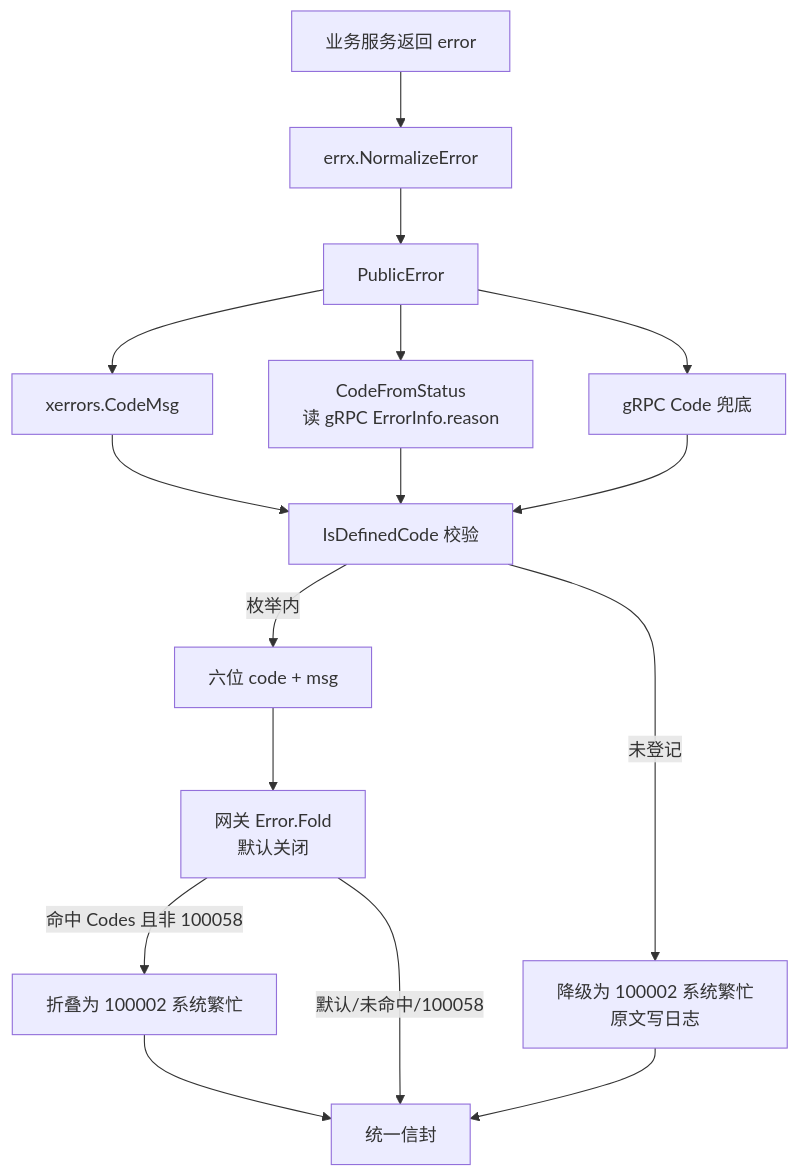
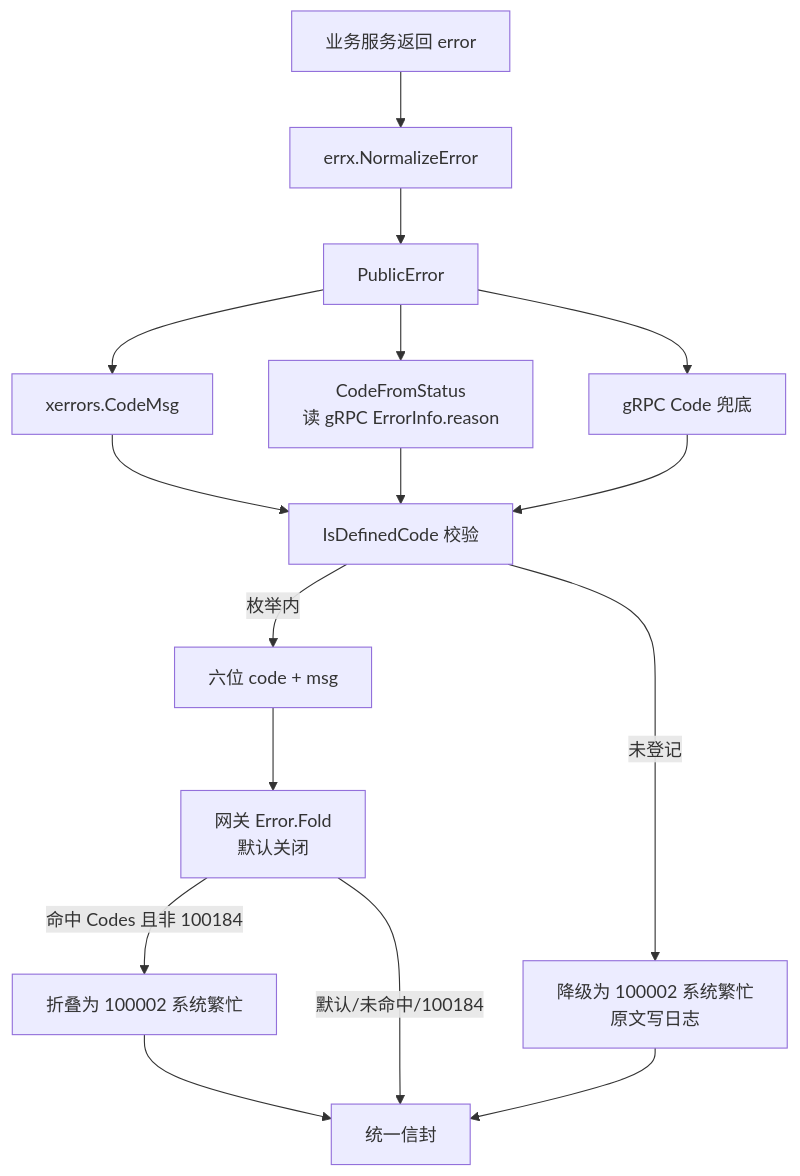
Before and after one commit to maomao94/zero-service: the diagram in docs/images/diagrams/gateway-error-normalize.mmd, drawn with Mermaid. The commit also changed 37 other files, not shown here.

```diff
--- a/docs/images/diagrams/gateway-error-normalize.mmd
+++ b/docs/images/diagrams/gateway-error-normalize.mmd
@@ -1,16 +1,16 @@
 flowchart TB
     E["业务服务返回 error"] --> N["errx.NormalizeError"]
     N --> PE["PublicError"]
     PE --> CM["xerrors.CodeMsg"]
     PE --> ST["CodeFromStatus<br/>读 gRPC ErrorInfo.reason"]
     PE --> GC["gRPC Code 兜底"]
     CM --> V["IsDefinedCode 校验"]
     ST --> V
     GC --> V
     V -->|枚举内| OUT["六位 code + msg"]
     V -->|未登记| FIX["降级为 100002 系统繁忙<br/>原文写日志"]
     OUT --> FOLD["网关 Error.Fold<br/>默认关闭"]
-    FOLD -->|命中 Codes 且非 100058| BUSY["折叠为 100002 系统繁忙"]
-    FOLD -->|默认/未命中/100058| ENV["统一信封"]
+    FOLD -->|命中 Codes 且非 100184| BUSY["折叠为 100002 系统繁忙"]
+    FOLD -->|默认/未命中/100184| ENV["统一信封"]
     FIX --> ENV
     BUSY --> ENV
```
